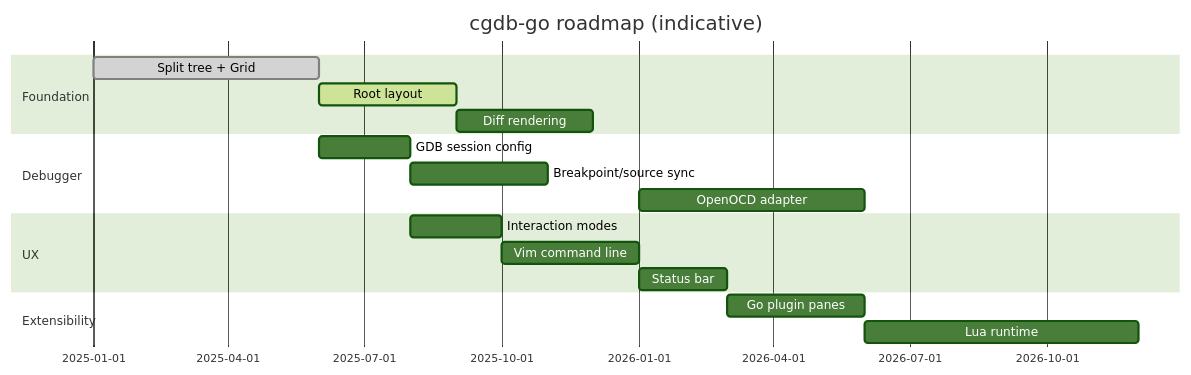
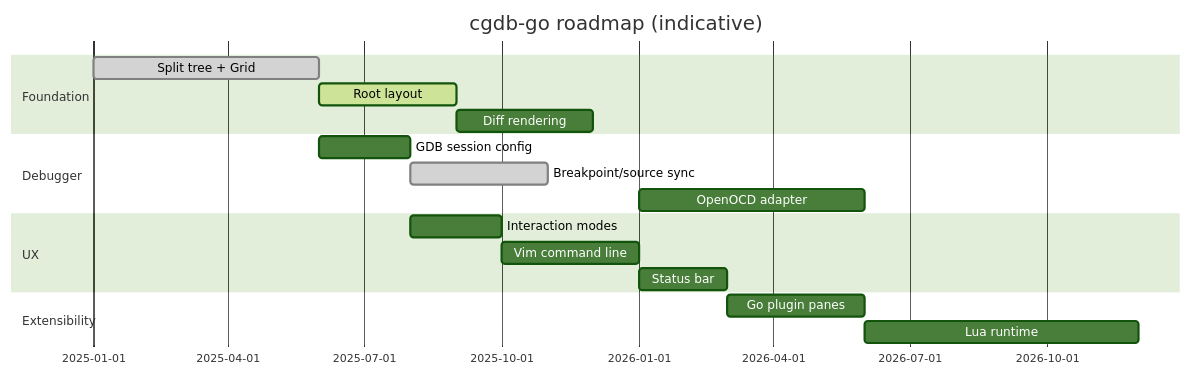
One commit to yairgd/gdbforge changed the diagram in docs/ROADMAP.md. Above: the diagram before and after it, drawn with Mermaid (forest theme). The commit also changed other lines of this file and 30 other files, not shown here.

First line of the commit message:
Add breakpoint pane and CodeWidget Space toggle with GDB sync.

````diff
--- a/docs/ROADMAP.md
+++ b/docs/ROADMAP.md
@@ -67,20 +68,20 @@
 ```mermaid
 gantt
     title cgdb-go roadmap (indicative)
     dateFormat YYYY-MM
     section Foundation
         Split tree + Grid           :done, m1, 2025-01, 2025-06
         Root layout                 :active, m2, 2025-06, 2025-09
         Diff rendering              :m3, 2025-09, 2025-12
     section Debugger
         GDB session config          :m4, 2025-06, 2025-08
-        Breakpoint/source sync      :m5, 2025-08, 2025-11
+        Breakpoint/source sync      :done, m5, 2025-08, 2025-11
         OpenOCD adapter             :m6, 2026-01, 2026-06
     section UX
         Interaction modes           :m7, 2025-08, 2025-10
         Vim command line            :m8, 2025-10, 2026-01
         Status bar                  :m9, 2026-01, 2026-03
     section Extensibility
         Go plugin panes             :m10, 2026-03, 2026-06
         Lua runtime                 :m11, 2026-06, 2026-12
 ```
````
